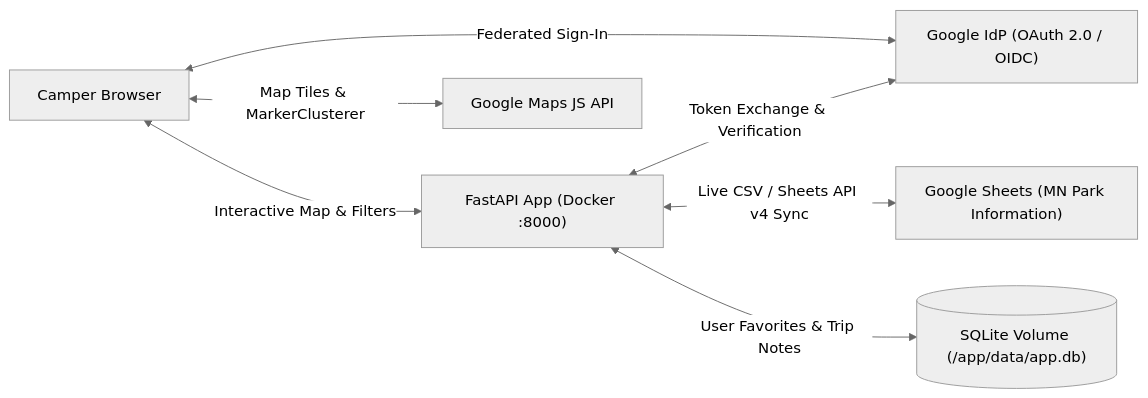
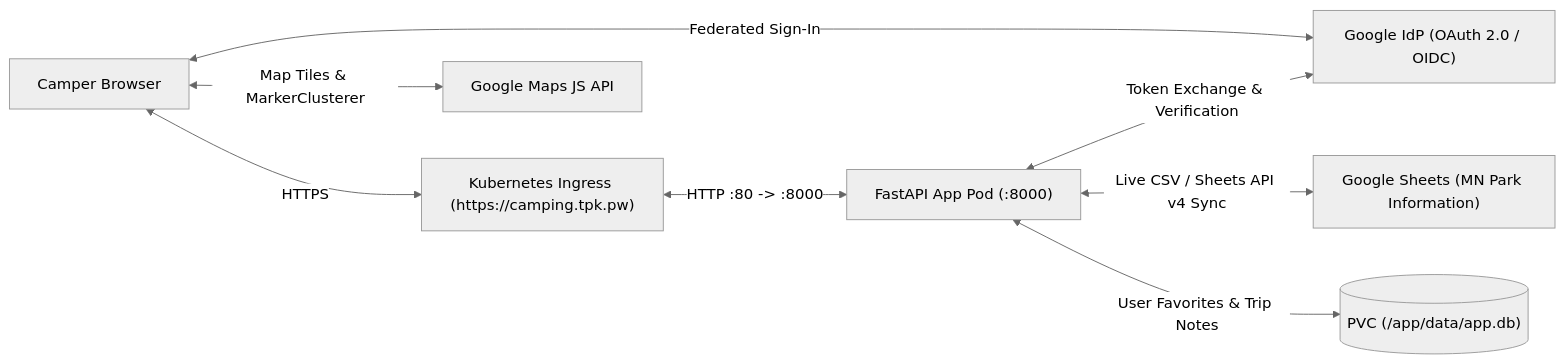
The diagram in SETUP.md (idjohnson/devjamcampsite), drawn with Mermaid (neutral theme) before and after one commit. The commit also changed other lines of this file and 17 other files, not shown here.

````diff
--- a/SETUP.md
+++ b/SETUP.md
@@ -9,16 +9,18 @@
 ```mermaid
 flowchart LR
     User["Camper Browser"]
-    FastAPI["FastAPI App (Docker :8000)"]
+    Ingress["Kubernetes Ingress (https://camping.tpk.pw)"]
+    FastAPI["FastAPI App Pod (:8000)"]
     GSheets["Google Sheets (MN Park Information)"]
     GMaps["Google Maps JS API"]
     GIdP["Google IdP (OAuth 2.0 / OIDC)"]
-    SQLite[("SQLite Volume (/app/data/app.db)")]
+    SQLite[("PVC (/app/data/app.db)")]
 
-    User <-->|"Interactive Map & Filters"| FastAPI
+    User <-->|"HTTPS"| Ingress
+    Ingress <-->|"HTTP :80 -> :8000"| FastAPI
     User <-->|"Map Tiles & MarkerClusterer"| GMaps
     User <-->|"Federated Sign-In"| GIdP
     FastAPI <-->|"Token Exchange & Verification"| GIdP
     FastAPI <-->|"Live CSV / Sheets API v4 Sync"| GSheets
     FastAPI <-->|"User Favorites & Trip Notes"| SQLite
 ```
````
